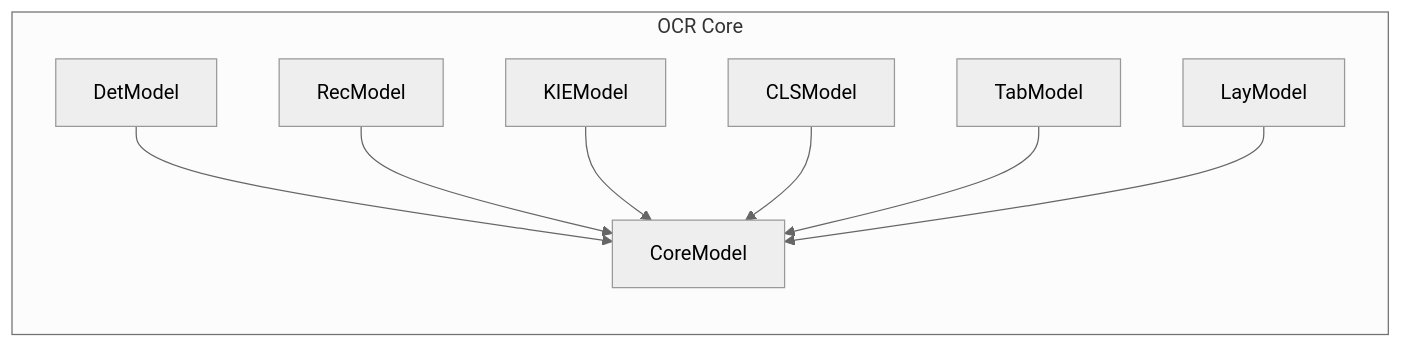
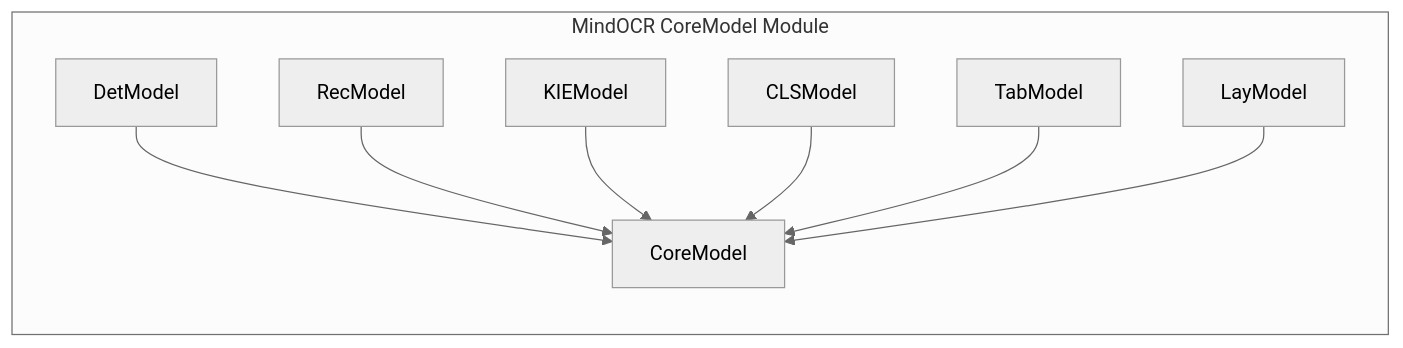
Before and after one commit to zhangjunlongtech/mindocr: the second of 5 diagrams in mindocr/core/CoreModel模块设计说明书.md, drawn with Mermaid (neutral theme). The commit also changed other lines of this file, not shown here.

````diff
--- a/mindocr/core/CoreModel模块设计说明书.md
+++ b/mindocr/core/CoreModel模块设计说明书.md
@@ -154,18 +141,18 @@
 ```mermaid
 graph LR
-    subgraph OCR Core
+    subgraph MindOCR CoreModel Module
     A[CoreModel]
     B[DetModel]
     C[RecModel]
     D[KIEModel]
     E[CLSModel]
     F[TabModel]
     G[LayModel]
     end
     B --> A
     C --> A
     D --> A
     E --> A
     F --> A
     G --> A
 ```
````
